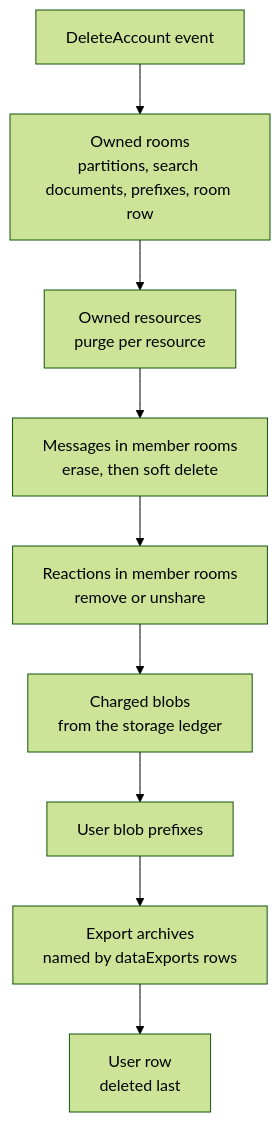
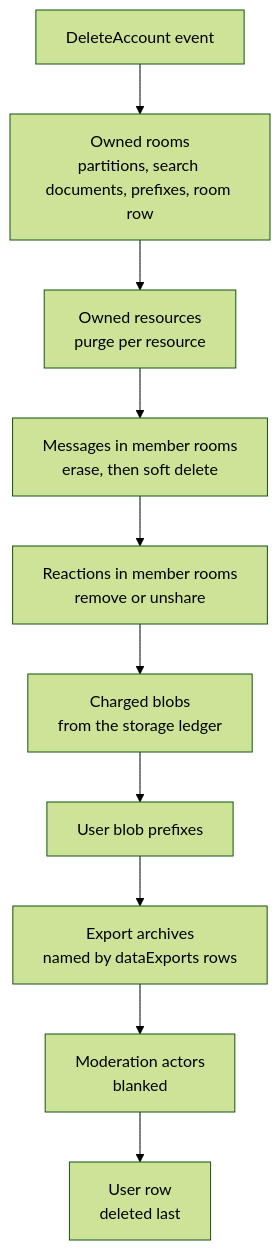
Before and after one commit to Esposter/Esposter: the second of 2 diagrams in openspec/specs/user/account-deletion/design.md, drawn with Mermaid (forest theme). The commit also changed other lines of this file and 22 other files, not shown here.

````diff
--- a/openspec/specs/user/account-deletion/design.md
+++ b/openspec/specs/user/account-deletion/design.md
@@ -34,11 +34,12 @@
 ```mermaid
 flowchart TD
   Event["DeleteAccount event"] --> Rooms["Owned rooms<br/>partitions, search documents, prefixes, room row"]
   Rooms --> Resources["Owned resources<br/>purge per resource"]
   Resources --> Messages["Messages in member rooms<br/>erase, then soft delete"]
   Messages --> Reactions["Reactions in member rooms<br/>remove or unshare"]
   Reactions --> Charged["Charged blobs<br/>from the storage ledger"]
   Charged --> Prefixes["User blob prefixes"]
   Prefixes --> Exports["Export archives<br/>named by dataExports rows"]
-  Exports --> User["User row<br/>deleted last"]
+  Exports --> Actors["Moderation actors<br/>blanked"]
+  Actors --> User["User row<br/>deleted last"]
 ```
````
